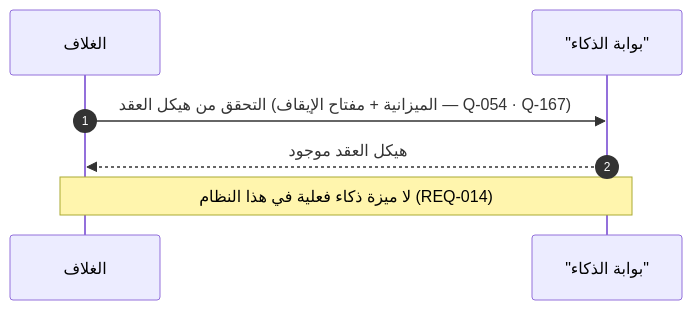
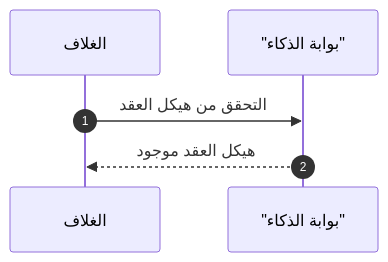
The ninth of 19 diagrams in docs/family-os/governance/phases/phase-1/S1-01-app-shell-and-platform/DIAGRAMS.md (Bassam-mohammed-alqaeadi/family-os-v2), drawn with Mermaid before and after one commit. The commit also changed other lines of this file, not shown here.

````diff
--- a/docs/family-os/governance/phases/phase-1/S1-01-app-shell-and-platform/DIAGRAMS.md
+++ b/docs/family-os/governance/phases/phase-1/S1-01-app-shell-and-platform/DIAGRAMS.md
@@ -370,9 +387,8 @@
 ```mermaid
 sequenceDiagram
     autonumber
     participant Shell as الغلاف
     participant AIGateway as "بوابة الذكاء"
-    Shell->>AIGateway: التحقق من هيكل العقد (الميزانية + مفتاح الإيقاف — Q-054 · Q-167)
+    Shell->>AIGateway: التحقق من هيكل العقد
     AIGateway-->>Shell: هيكل العقد موجود
-    Note over Shell,AIGateway: لا ميزة ذكاء فعلية في هذا النظام (REQ-014)
 ```
````
